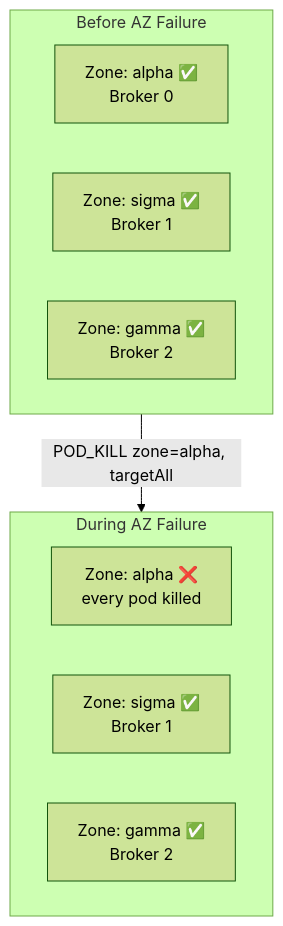
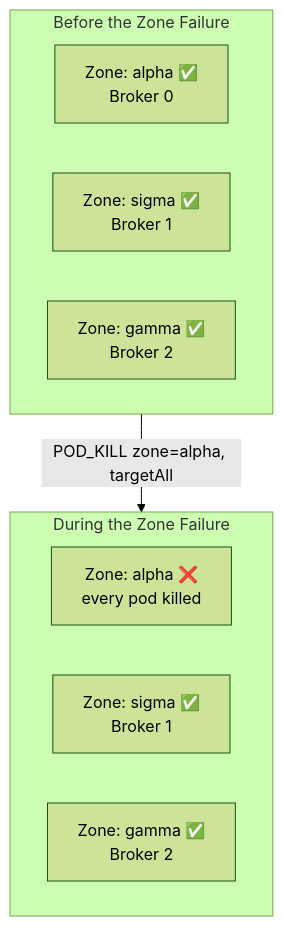
The fifth of 9 diagrams in docs/book/07-chaos-practice.md (actions-marketplace-validations/bmscomp_kates), drawn with Mermaid (forest theme) before and after one commit. The commit also changed other lines of this file and 2 other files, not shown here.

First line of the commit message:
docs(book): one home for fault injection and the safety guard in Part III (#226)

````diff
--- a/docs/book/07-chaos-practice.md
+++ b/docs/book/07-chaos-practice.md
@@ -246,19 +323,19 @@
 ```mermaid
 %%| label: fig-practice-az-failure
 %%| fig-cap: "az-failure kills every Kafka pod labelled `zone=alpha` at once; the brokers in `sigma` and `gamma` keep running."
-%%| fig-alt: "Two panels. Before the AZ failure, zones alpha, sigma and gamma each run one broker and all are healthy. A POD_KILL on zone=alpha with targetAll leads to the second panel: every pod in alpha is killed, while the brokers in sigma and gamma are still healthy."
+%%| fig-alt: "Two panels. Before the zone failure, zones alpha, sigma and gamma each run one broker and all are healthy. A POD_KILL on zone=alpha with targetAll leads to the second panel: every pod in alpha is killed, while the brokers in sigma and gamma are still healthy."
 graph TB
-    subgraph Before["Before AZ Failure"]
+    subgraph Before["Before the Zone Failure"]
         N1[Zone: alpha ✅<br/>Broker 0]
         N2[Zone: sigma ✅<br/>Broker 1]
         N3[Zone: gamma ✅<br/>Broker 2]
     end
     
-    subgraph During["During AZ Failure"]
+    subgraph During["During the Zone Failure"]
         N1b[Zone: alpha ❌<br/>every pod killed]
         N2b[Zone: sigma ✅<br/>Broker 1]
         N3b[Zone: gamma ✅<br/>Broker 2]
     end
     
     Before -->|"POD_KILL zone=alpha, targetAll"| During
 ```
````
